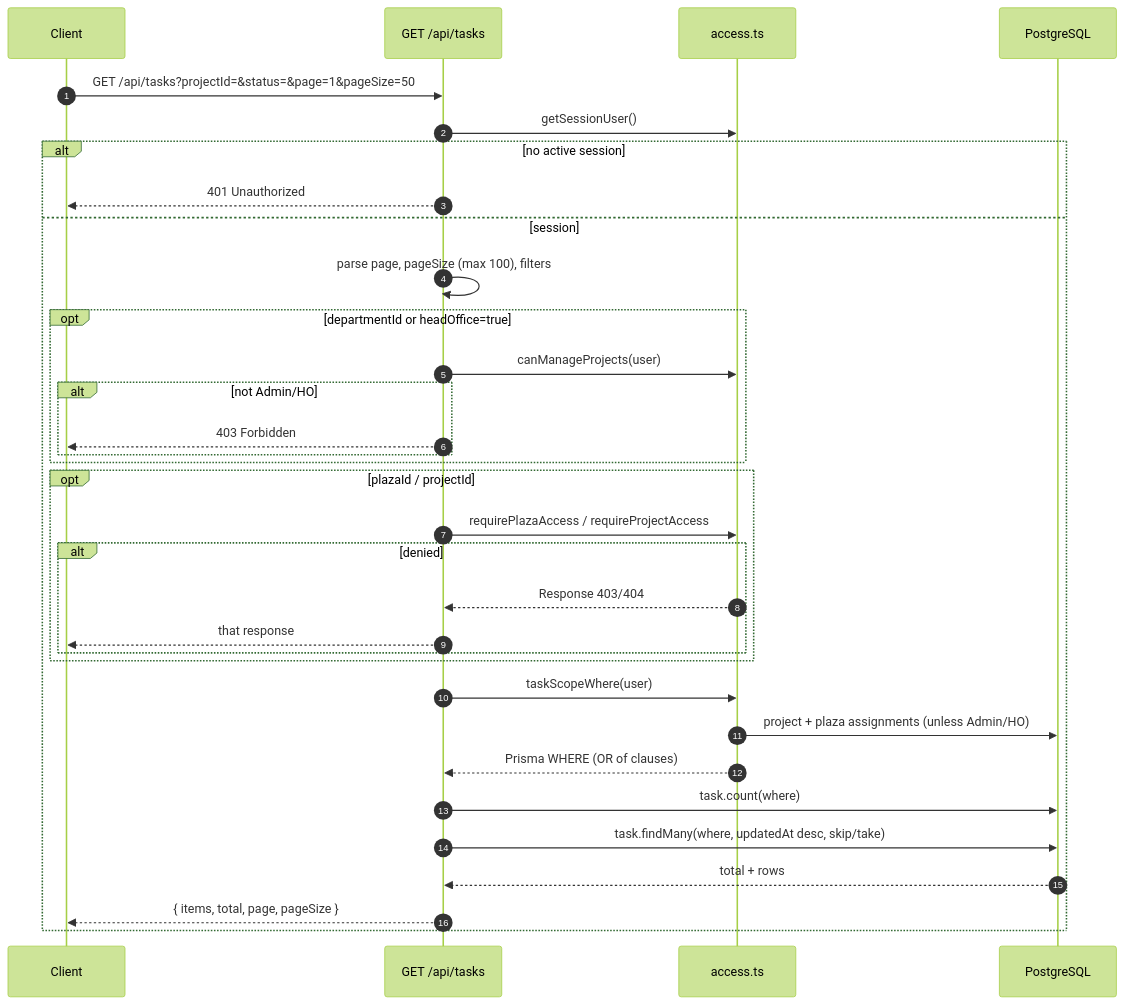
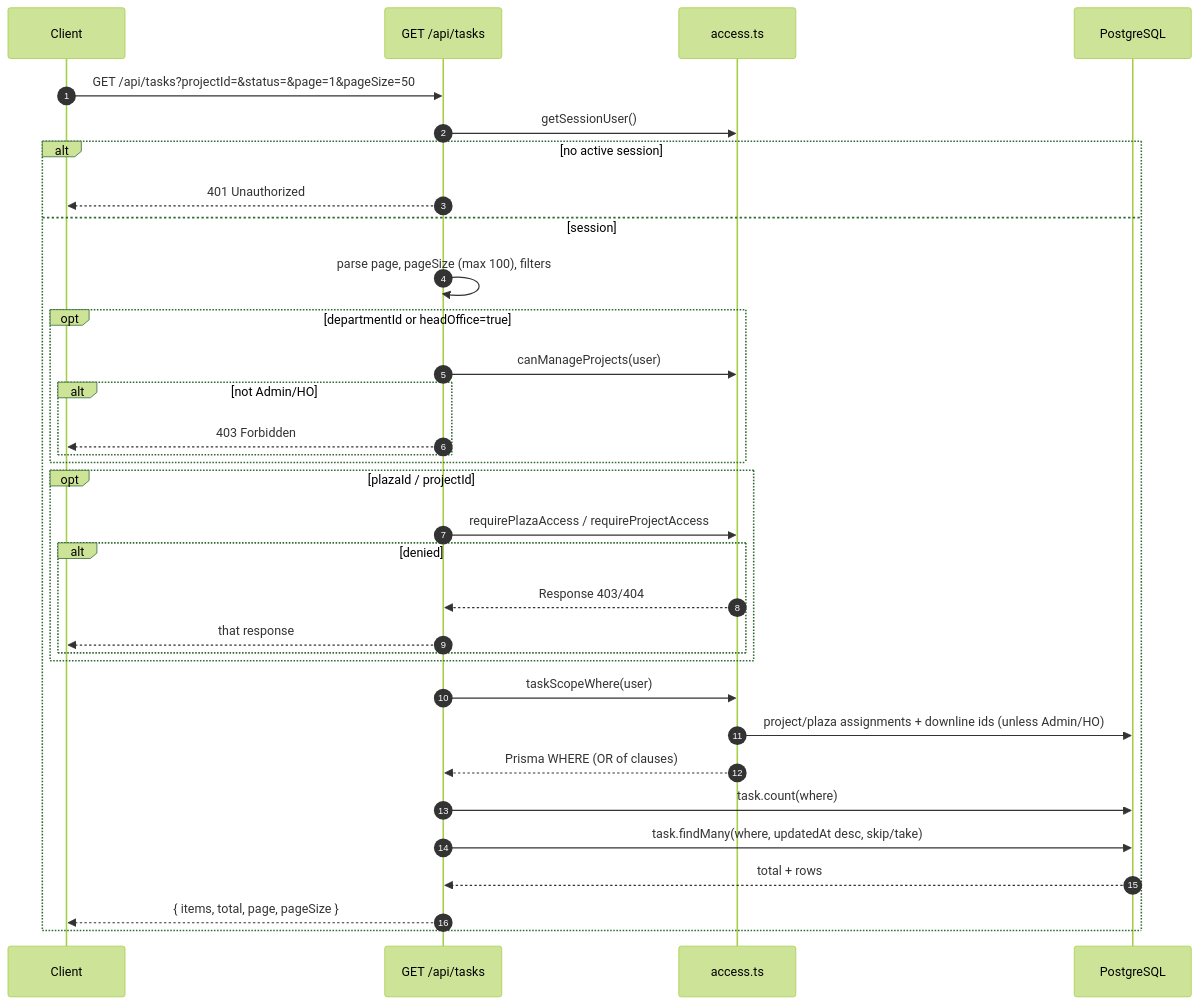
The third of 15 diagrams in docs/SEQUENCES.md (akash3114/Project_Site_Tracker), drawn with Mermaid (forest theme) before and after one commit. The commit also changed other lines of this file and 11 other files, not shown here.

````diff
--- a/docs/SEQUENCES.md
+++ b/docs/SEQUENCES.md
@@ -134,36 +134,36 @@
 ```mermaid
 sequenceDiagram
   autonumber
   participant C as Client
   participant R as GET /api/tasks
   participant A as access.ts
   participant D as PostgreSQL
 
   C->>R: GET /api/tasks?projectId=&status=&page=1&pageSize=50
   R->>A: getSessionUser()
   alt no active session
     R-->>C: 401 Unauthorized
   else session
     R->>R: parse page, pageSize (max 100), filters
     opt departmentId or headOffice=true
       R->>A: canManageProjects(user)
       alt not Admin/HO
         R-->>C: 403 Forbidden
       end
     end
     opt plazaId / projectId
       R->>A: requirePlazaAccess / requireProjectAccess
       alt denied
         A-->>R: Response 403/404
         R-->>C: that response
       end
     end
     R->>A: taskScopeWhere(user)
-    A->>D: project + plaza assignments (unless Admin/HO)
+    A->>D: project/plaza assignments + downline ids (unless Admin/HO)
     A-->>R: Prisma WHERE (OR of clauses)
     R->>D: task.count(where)
     R->>D: task.findMany(where, updatedAt desc, skip/take)
     D-->>R: total + rows
     R-->>C: { items, total, page, pageSize }
   end
 ```
````
